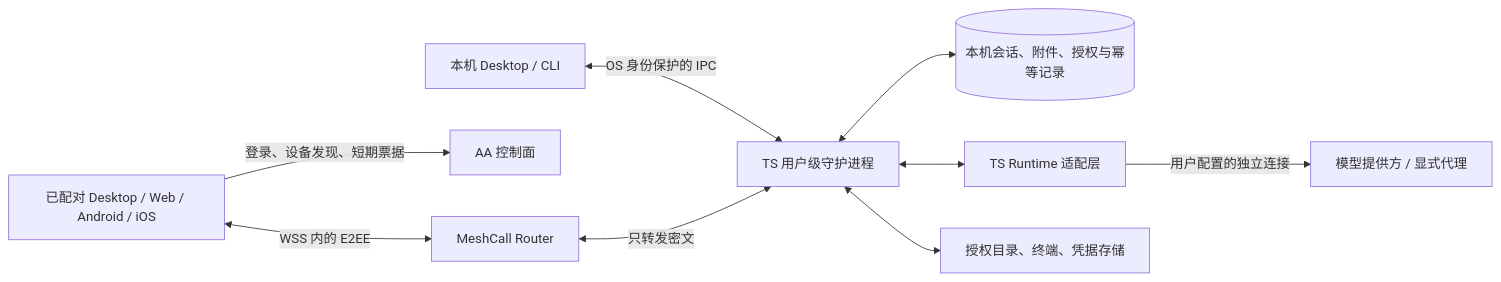
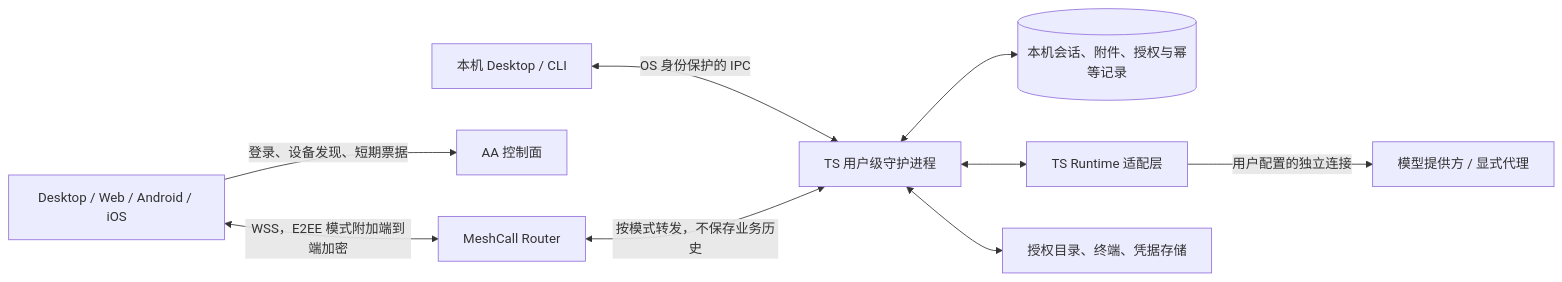
The diagram in docs/aa-next/architecture-proposal.md (anywhere-labs/Agents-Anywhere), drawn with Mermaid before and after one commit. The commit also changed other lines of this file and 6 other files, not shown here.

````diff
--- a/docs/aa-next/architecture-proposal.md
+++ b/docs/aa-next/architecture-proposal.md
@@ -30,11 +30,11 @@
 ```mermaid
 flowchart LR
   Local[本机 Desktop / CLI] <-->|OS 身份保护的 IPC| Daemon[TS 用户级守护进程]
-  Client[已配对 Desktop / Web / Android / iOS] -->|登录、设备发现、短期票据| CP[AA 控制面]
-  Client <-->|WSS 内的 E2EE| Router[MeshCall Router]
-  Router <-->|只转发密文| Daemon
+  Client[Desktop / Web / Android / iOS] -->|登录、设备发现、短期票据| CP[AA 控制面]
+  Client <-->|WSS，E2EE 模式附加端到端加密| Router[MeshCall Router]
+  Router <-->|按模式转发，不保存业务历史| Daemon
   Daemon <--> Store[(本机会话、附件、授权与幂等记录)]
   Daemon <--> Runtime[TS Runtime 适配层]
   Daemon <--> Files[授权目录、终端、凭据存储]
   Runtime -->|用户配置的独立连接| Provider[模型提供方 / 显式代理]
 ```
````
